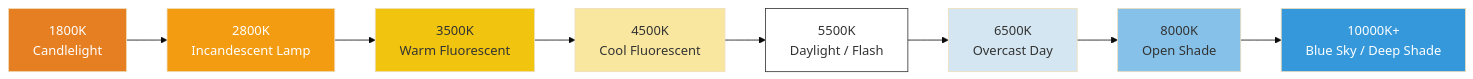
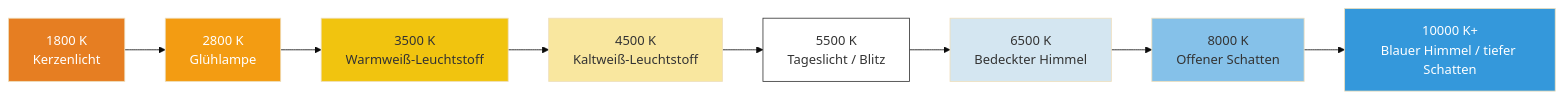
One commit to zoozooll/AndroidCameraParameters changed the diagram in website/i18n/de/docusaurus-plugin-content-docs/current/camera2/white-balance-and-color.md. Above: the diagram before and after it, drawn with Mermaid (base theme). The commit also changed other lines of this file and 378 other files, not shown here.

````diff
--- a/website/i18n/de/docusaurus-plugin-content-docs/current/camera2/white-balance-and-color.md
+++ b/website/i18n/de/docusaurus-plugin-content-docs/current/camera2/white-balance-and-color.md
@@ -24,18 +24,18 @@
 ```mermaid
 graph LR
-    A[1800K<br/>Candlelight] --> B[2800K<br/>Incandescent Lamp]
-    B --> C[3500K<br/>Warm Fluorescent]
-    C --> D[4500K<br/>Cool Fluorescent]
-    D --> E[5500K<br/>Daylight / Flash]
-    E --> F[6500K<br/>Overcast Day]
-    F --> G[8000K<br/>Open Shade]
-    G --> H[10000K+<br/>Blue Sky / Deep Shade]
+    A["1800 K<br/>Kerzenlicht"] --> B["2800 K<br/>Glühlampe"]
+    B --> C[3500 K<br/>Warmweiß-Leuchtstoff]
+    C --> D[4500 K<br/>Kaltweiß-Leuchtstoff]
+    D --> E[5500 K<br/>Tageslicht / Blitz]
+    E --> F[6500 K<br/>Bedeckter Himmel]
+    F --> G[8000 K<br/>Offener Schatten]
+    G --> H[10000 K+<br/>Blauer Himmel / tiefer Schatten]
     style A fill:#e67e22,color:#fff
     style B fill:#f39c12,color:#fff
     style C fill:#f1c40f,color:#333
     style D fill:#f9e79f,color:#333
     style E fill:#ffffff,color:#333,stroke:#333
     style F fill:#d4e6f1,color:#333
     style G fill:#85c1e9,color:#333
     style H fill:#3498db,color:#fff
 ```
````
